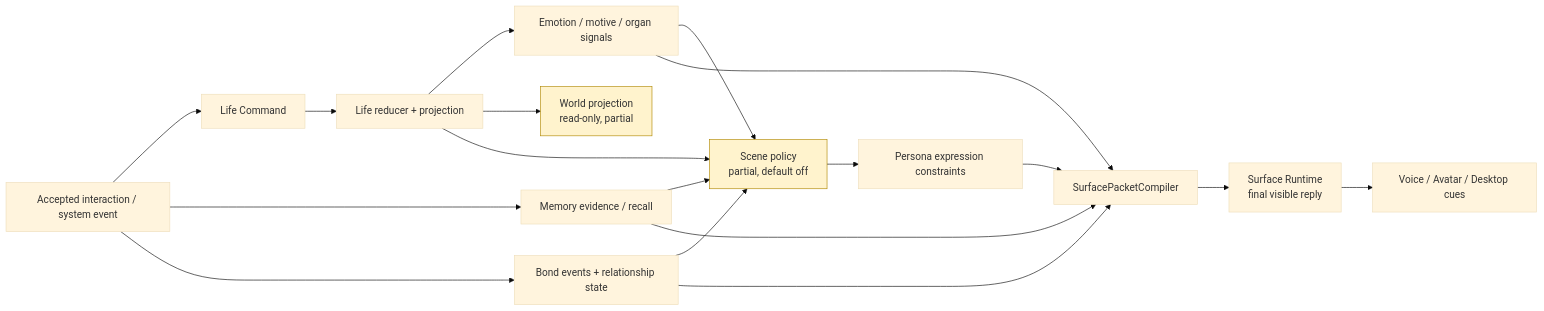
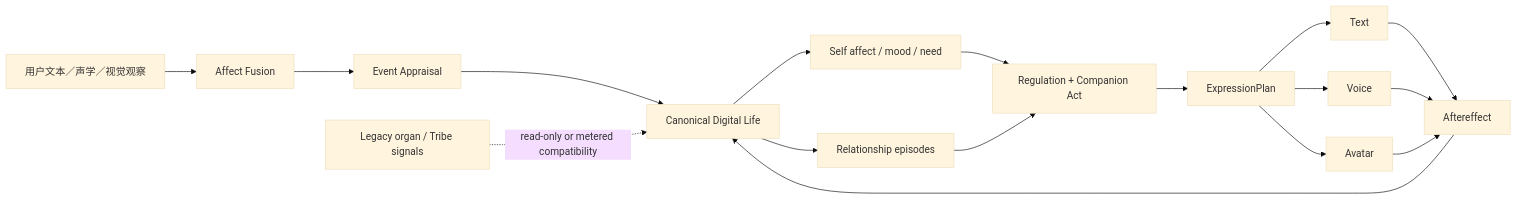
One commit to SakuraYoruno/Natsume_Ai changed the diagram in docs/50_project/arch/diagrams/05_tribe_topology.md. Above: the diagram before and after it, drawn with Mermaid (base theme). The commit also changed other lines of this file and 87 other files, not shown here.

````diff
--- a/docs/50_project/arch/diagrams/05_tribe_topology.md
+++ b/docs/50_project/arch/diagrams/05_tribe_topology.md
@@ -19,33 +6,19 @@
 ```mermaid
 flowchart LR
-    EVENT["Accepted interaction / system event"]
-    LIFE_CMD["Life Command"]
-    LIFE["Life reducer + projection"]
-    MEM["Memory evidence / recall"]
-    BOND["Bond events + relationship state"]
-    BODY["Emotion / motive / organ signals"]
-    WORLD["World projection\nread-only, partial"]
-    SCENE["Scene policy\npartial, default off"]
-    PERSONA["Persona expression constraints"]
-    PACKET["SurfacePacketCompiler"]
-    SURFACE["Surface Runtime\nfinal visible reply"]
-    EDGE["Voice / Avatar / Desktop cues"]
-
-    EVENT --> LIFE_CMD --> LIFE
-    EVENT --> MEM
-    EVENT --> BOND
-    LIFE --> BODY
-    LIFE --> WORLD
-    LIFE --> SCENE
-    MEM --> SCENE
-    BOND --> SCENE
-    BODY --> SCENE
-    SCENE --> PERSONA
-    MEM --> PACKET
-    BOND --> PACKET
-    BODY --> PACKET
-    PERSONA --> PACKET --> SURFACE --> EDGE
-
-    style WORLD fill:#fff3cd,stroke:#b08800
-    style SCENE fill:#fff3cd,stroke:#b08800
+    U["用户文本／声学／视觉观察"] --> F["Affect Fusion"]
+    F --> A["Event Appraisal"]
+    A --> L["Canonical Digital Life"]
+    L --> SELF["Self affect / mood / need"]
+    L --> REL["Relationship episodes"]
+    SELF --> ACT["Regulation + Companion Act"]
+    REL --> ACT
+    ACT --> EXP["ExpressionPlan"]
+    EXP --> TXT["Text"]
+    EXP --> VOI["Voice"]
+    EXP --> AV["Avatar"]
+    TXT --> AF["Aftereffect"]
+    VOI --> AF
+    AV --> AF
+    AF --> L
+    TRIBE["Legacy organ / Tribe signals"] -. "read-only or metered compatibility" .-> L
 ```
````
